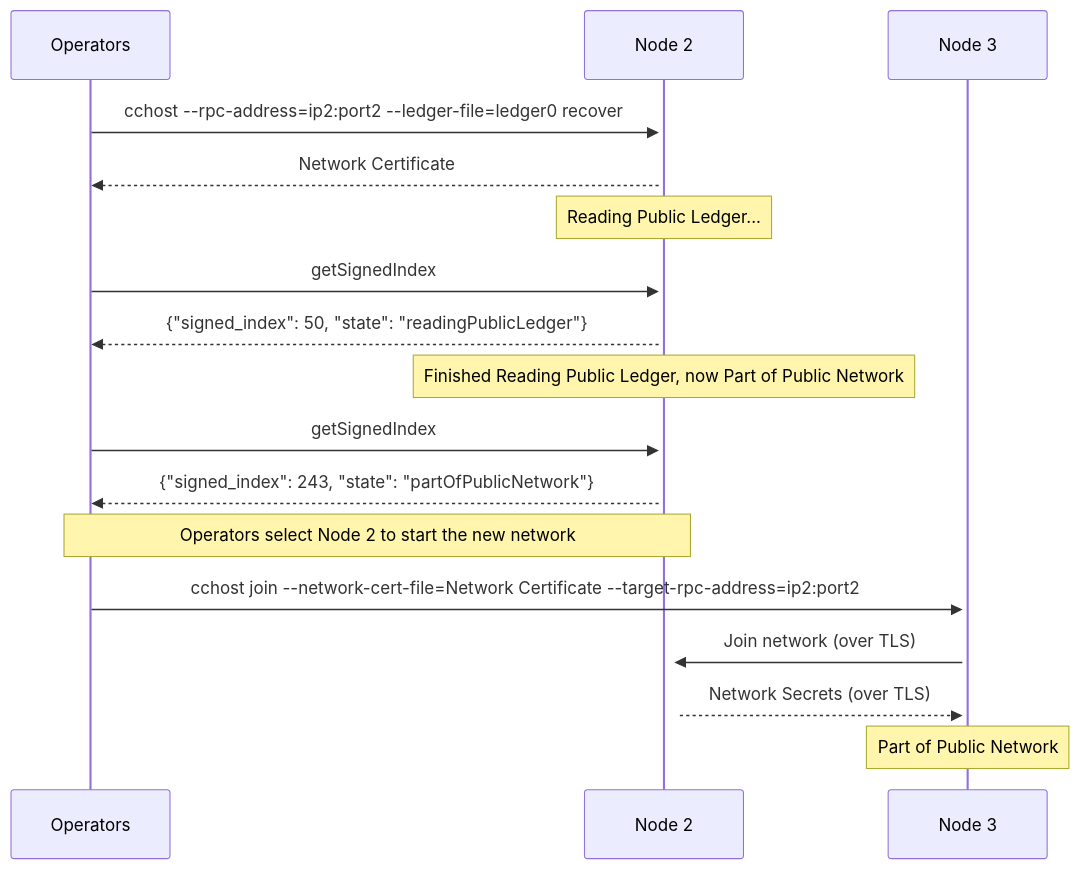
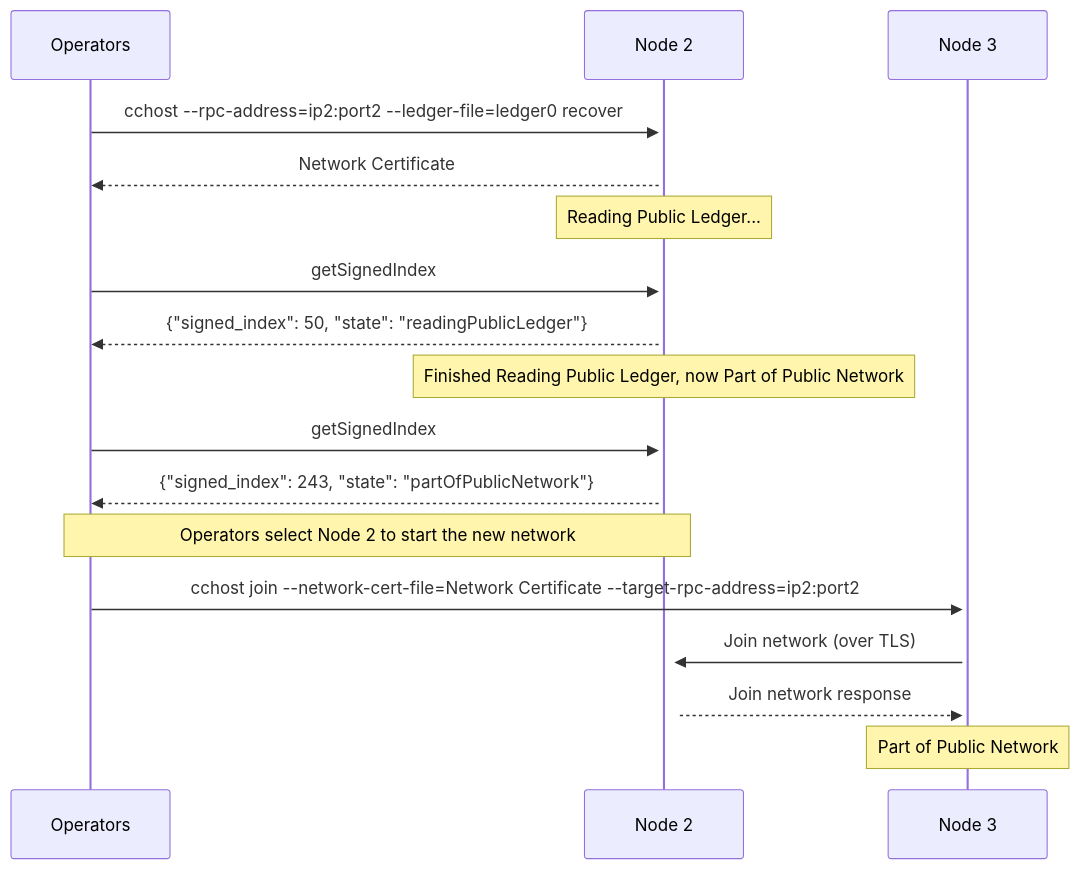
One commit to microsoft/CCF changed the diagram in sphinx/source/operators/recovery.rst. Above: the diagram before and after it, drawn with Mermaid. The commit also changed other lines of this file and 12 other files, not shown here.

```diff
--- a/sphinx/source/operators/recovery.rst
+++ b/sphinx/source/operators/recovery.rst
@@ -42,24 +40,24 @@
 .. mermaid::
 
     sequenceDiagram
         participant Operators
         participant Node 2
         participant Node 3
 
         Operators->>+Node 2: cchost --rpc-address=ip2:port2 --ledger-file=ledger0 recover
         Node 2-->>Operators: Network Certificate
         Note over Node 2: Reading Public Ledger...
 
         Operators->>+Node 2: getSignedIndex
         Node 2-->>Operators: {"signed_index": 50, "state": "readingPublicLedger"}
         Note over Node 2: Finished Reading Public Ledger, now Part of Public Network
         Operators->>Node 2: getSignedIndex
         Node 2-->>Operators: {"signed_index": 243, "state": "partOfPublicNetwork"}
 
         Note over Operators, Node 2: Operators select Node 2 to start the new network
 
         Operators->>+Node 3: cchost join --network-cert-file=Network Certificate --target-rpc-address=ip2:port2
         Node 3->>+Node 2: Join network (over TLS)
-        Node 2-->>Node 3: Network Secrets (over TLS)
+        Node 2-->>Node 3: Join network response
 
         Note over Node 3: Part of Public Network
```
